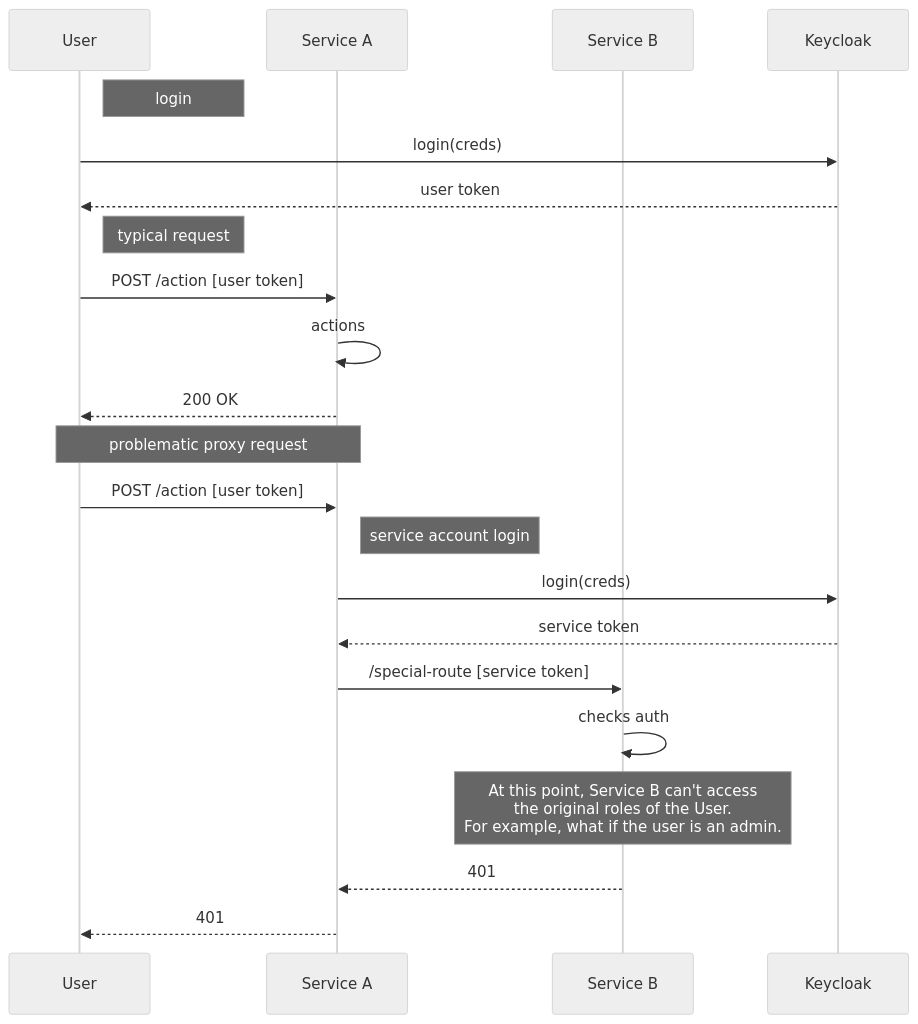
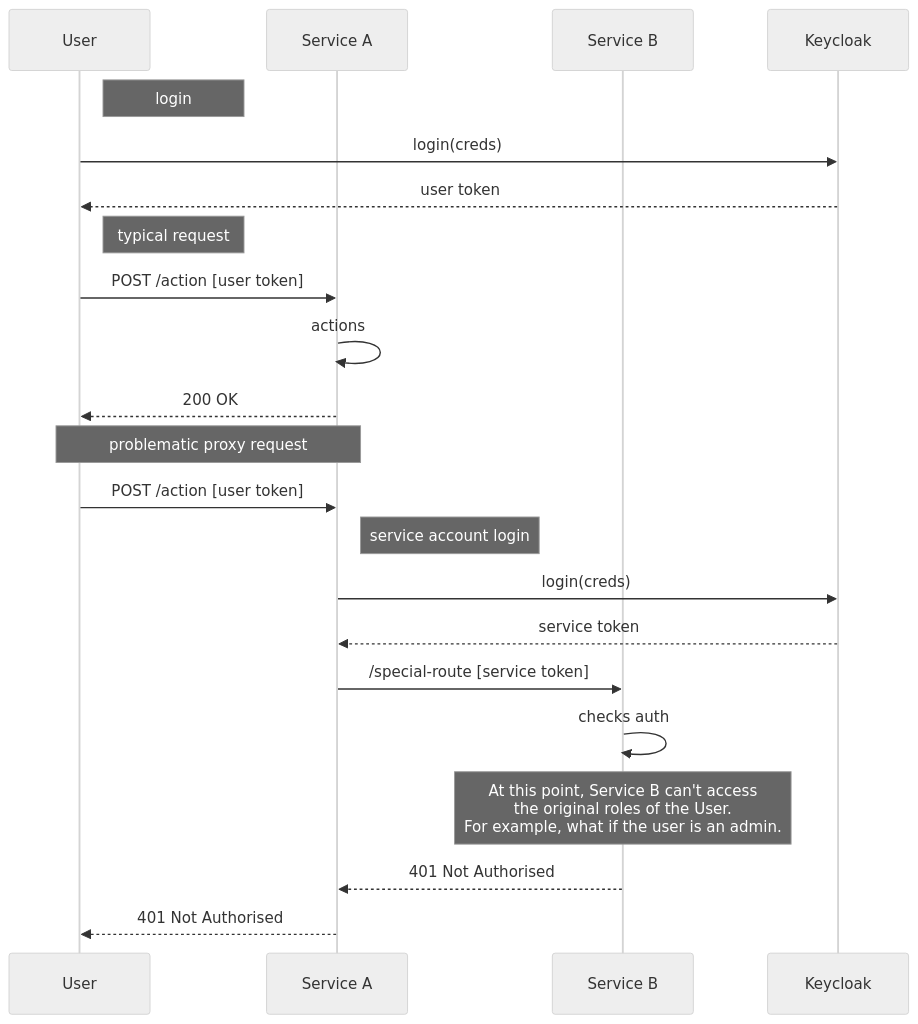
One commit to provena/provena changed the first of 2 diagrams in developer-docs/user-proxy.md. Above: the diagram before and after it, drawn with Mermaid (neutral theme). The commit also changed other lines of this file, not shown here.

````diff
--- a/developer-docs/user-proxy.md
+++ b/developer-docs/user-proxy.md
@@ -7,31 +33,30 @@
 ```mermaid
 sequenceDiagram
     participant User
     participant Service A
     participant Service B
     participant Keycloak
 
     # user login
     Note right of User: login
     User->>Keycloak: login(creds)
     Keycloak-->>User: user token
 
     # user normal request
     Note right of User: typical request
     User->>Service A: POST /action [user token]
     Service A->>Service A: actions
     Service A-->>User: 200 OK
 
     # problematic request
     Note over User,Service A: problematic proxy request
     User->>Service A: POST /action [user token]
     Note right of Service A: service account login
     Service A->>Keycloak: login(creds)
     Keycloak-->>Service A: service token
     Service A->>Service B: /special-route [service token]
     Service B->>Service B: checks auth
     Note over Service B: At this point, Service B can't access<br/>the original roles of the User.<br/> For example, what if the user is an admin.
-    Service B-->>Service A: 401
-    Service A-->>User: 401
-
+    Service B-->>Service A: 401 Not Authorised
+    Service A-->>User: 401 Not Authorised
 ```
````
